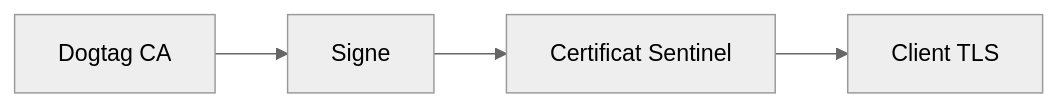
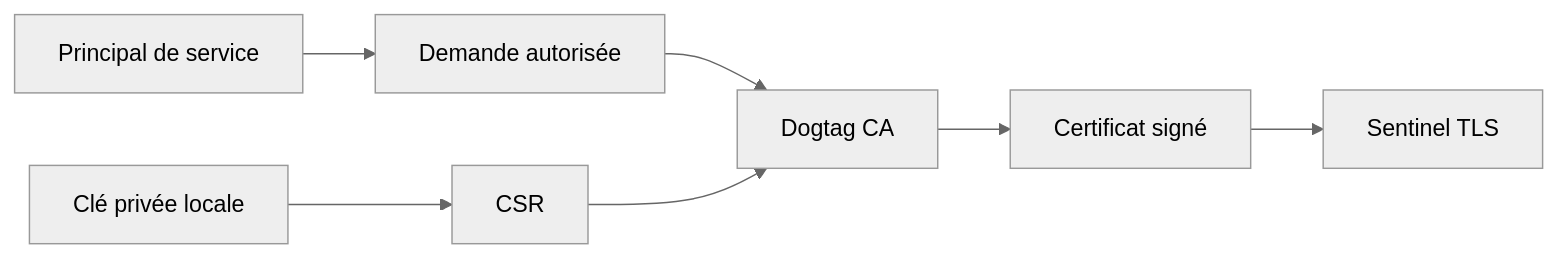
One commit to tdelaclos/formations changed the first of 3 diagrams in sentinel/docs/campagne_08/8.8-certificats.md. Above: the diagram before and after it, drawn with Mermaid (neutral theme). The commit also changed other lines of this file and 10 other files, not shown here.

````diff
--- a/sentinel/docs/campagne_08/8.8-certificats.md
+++ b/sentinel/docs/campagne_08/8.8-certificats.md
@@ -973,11 +51,9 @@
 ```mermaid
 flowchart LR
-
-    CA[Dogtag CA]
-
-    CA --> SIGN[Signe]
-
-    SIGN --> CERT[Certificat Sentinel]
-
-    CERT --> CLIENT[Client TLS]
+    Principal["Principal de service"] --> Request["Demande autorisée"]
+    Key["Clé privée locale"] --> CSR["CSR"]
+    Request --> CA["Dogtag CA"]
+    CSR --> CA
+    CA --> Cert["Certificat signé"]
+    Cert --> Service["Sentinel TLS"]
 ```
````
